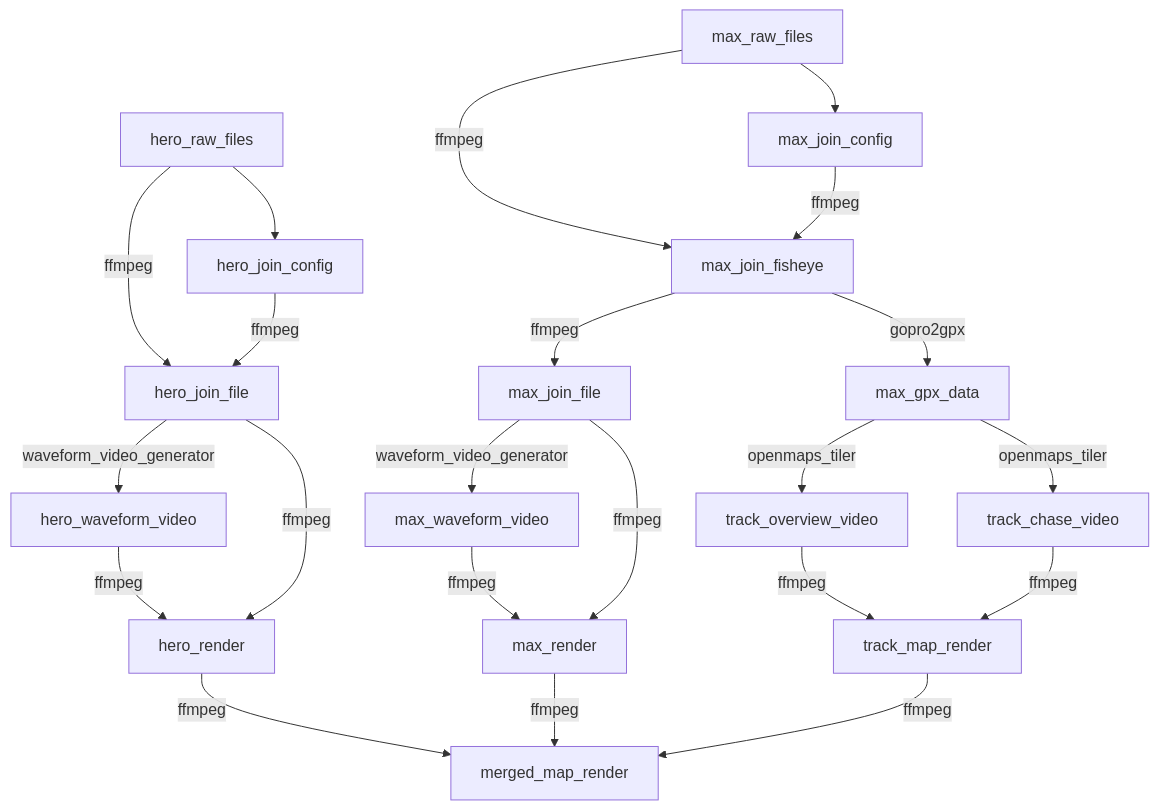
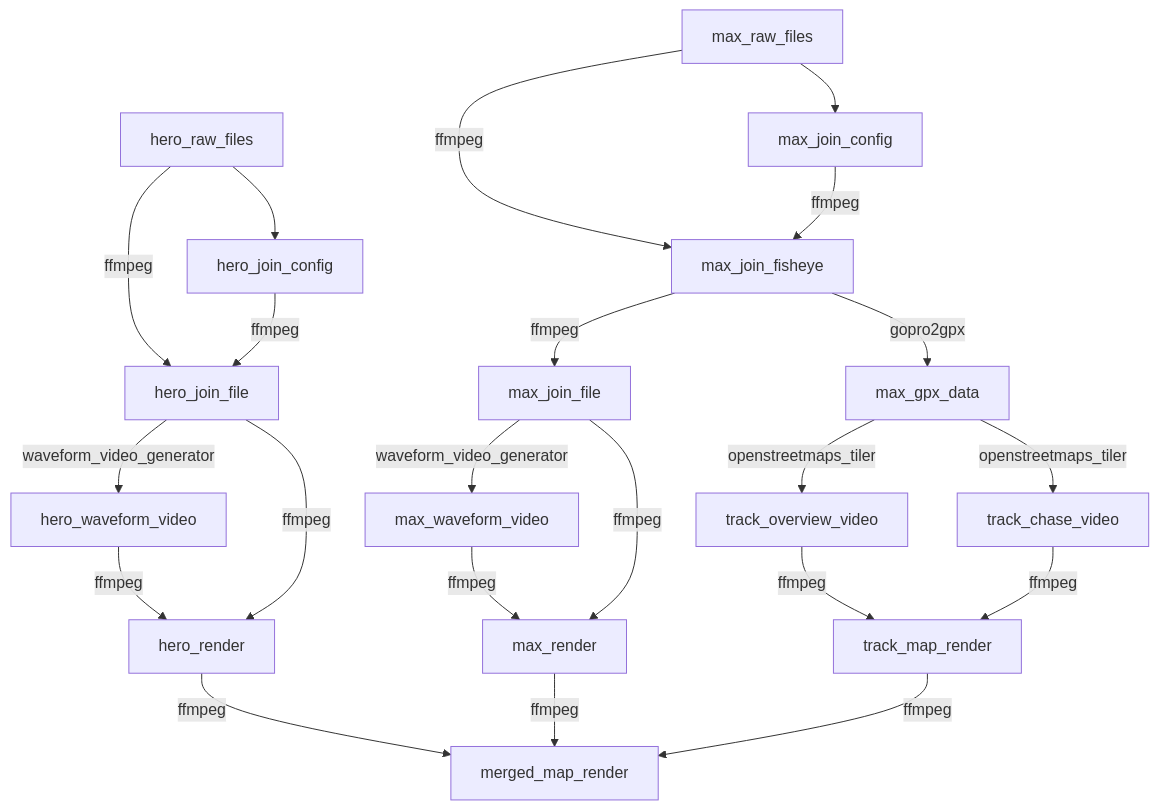
One commit to stakita/video_compositor changed the diagram in README.md. Above: the diagram before and after it, drawn with Mermaid.

````diff
--- a/README.md
+++ b/README.md
@@ -87,30 +87,30 @@
 ```mermaid
 graph TD
 
 hero_raw_files --> hero_join_config
 hero_raw_files -->|ffmpeg| hero_join_file
 hero_join_config -->|ffmpeg| hero_join_file
 
 hero_join_file -->|waveform_video_generator| hero_waveform_video
 hero_waveform_video -->|ffmpeg| hero_render
 
 hero_join_file -->|ffmpeg| hero_render
 
 max_raw_files --> max_join_config
 max_raw_files -->|ffmpeg| max_join_fisheye
 max_join_config -->|ffmpeg| max_join_fisheye
 max_join_fisheye -->|ffmpeg| max_join_file
 max_join_fisheye -->|gopro2gpx| max_gpx_data
 max_join_file -->|waveform_video_generator| max_waveform_video
 max_waveform_video -->|ffmpeg| max_render
 max_join_file -->|ffmpeg| max_render
 
-max_gpx_data -->|openmaps_tiler| track_overview_video
-max_gpx_data -->|openmaps_tiler| track_chase_video
+max_gpx_data -->|openstreetmaps_tiler| track_overview_video
+max_gpx_data -->|openstreetmaps_tiler| track_chase_video
 track_overview_video -->|ffmpeg| track_map_render
 track_chase_video -->|ffmpeg| track_map_render
 
 hero_render -->|ffmpeg| merged_map_render
 max_render -->|ffmpeg| merged_map_render
 track_map_render -->|ffmpeg| merged_map_render
 ```
````
